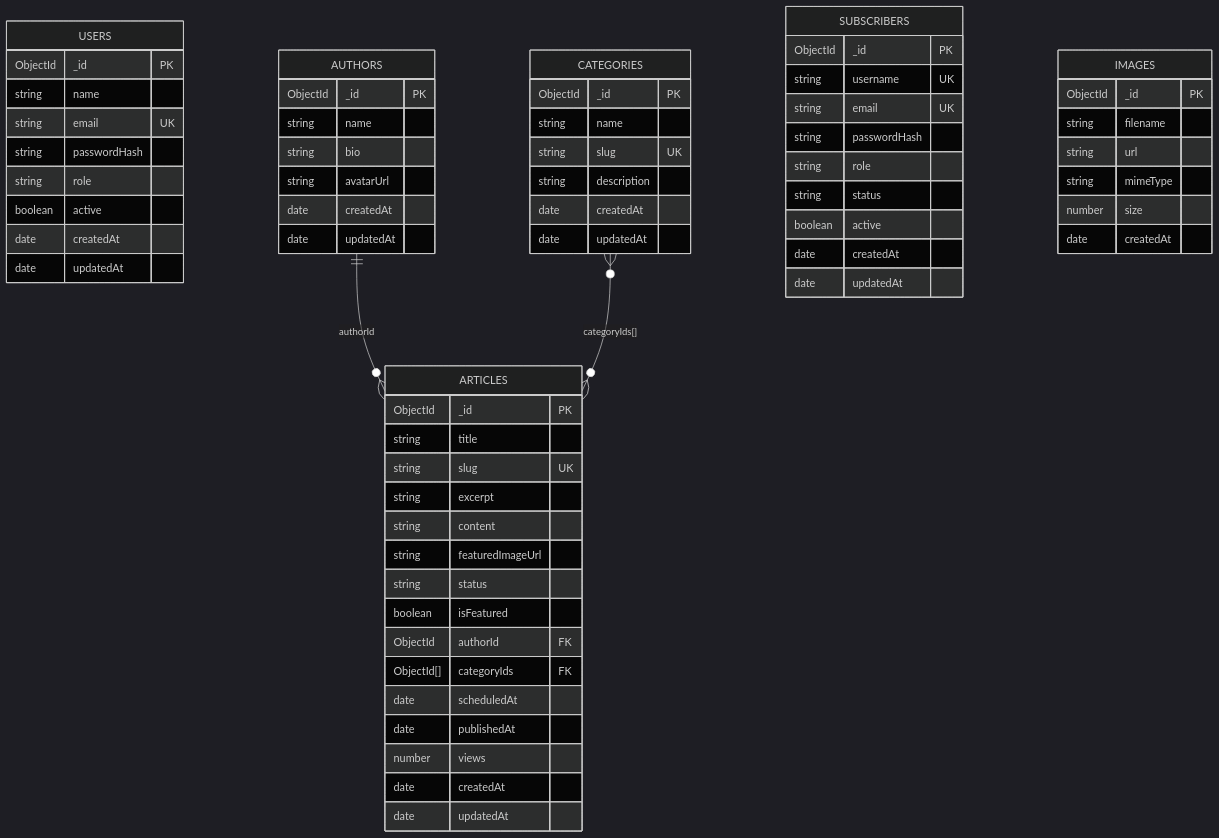
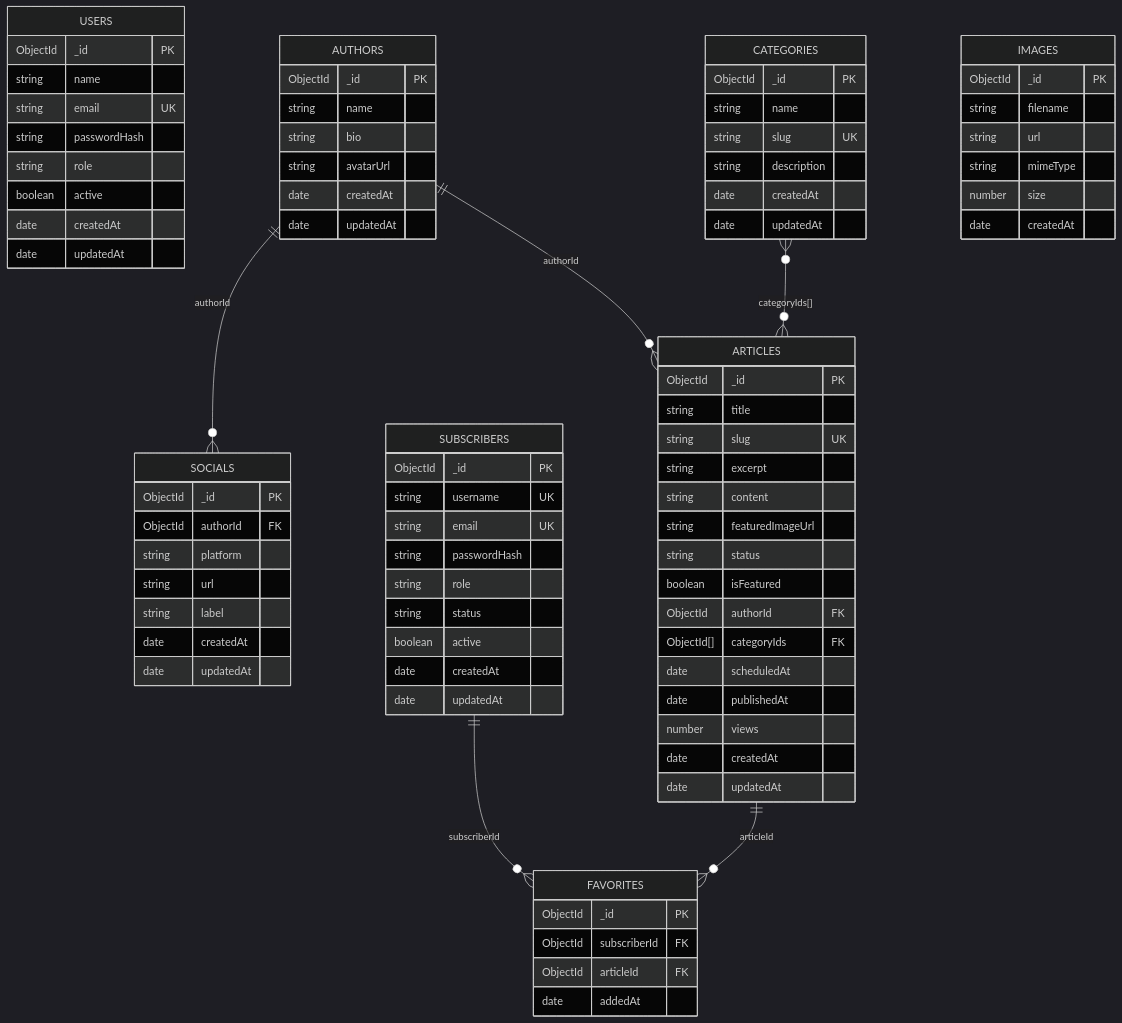
The second of 2 diagrams in docs/endpionts.md (carlosbrisenoDev/periodico-ia-front), drawn with Mermaid (dark theme) before and after one commit. The commit also changed other lines of this file and 22 other files, not shown here.

````diff
--- a/docs/endpionts.md
+++ b/docs/endpionts.md
@@ -64,6 +73,16 @@
     string name
     string bio
     string avatarUrl
+    date createdAt
+    date updatedAt
+  }
+
+  SOCIALS {
+    ObjectId _id PK
+    ObjectId authorId FK
+    string platform
+    string url
+    string label
     date createdAt
     date updatedAt
   }
@@ -107,6 +126,13 @@
     date updatedAt
   }
 
+  FAVORITES {
+    ObjectId _id PK
+    ObjectId subscriberId FK
+    ObjectId articleId FK
+    date addedAt
+  }
+
   IMAGES {
     ObjectId _id PK
     string filename
@@ -117,5 +143,8 @@
   }
 
   AUTHORS ||--o{ ARTICLES : "authorId"
+  AUTHORS ||--o{ SOCIALS : "authorId"
   CATEGORIES }o--o{ ARTICLES : "categoryIds[]"
+  SUBSCRIBERS ||--o{ FAVORITES : "subscriberId"
+  ARTICLES ||--o{ FAVORITES : "articleId"
 ```
````
